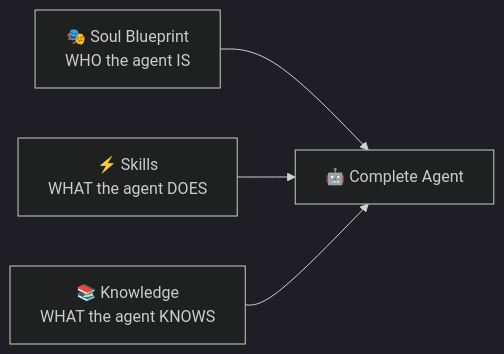
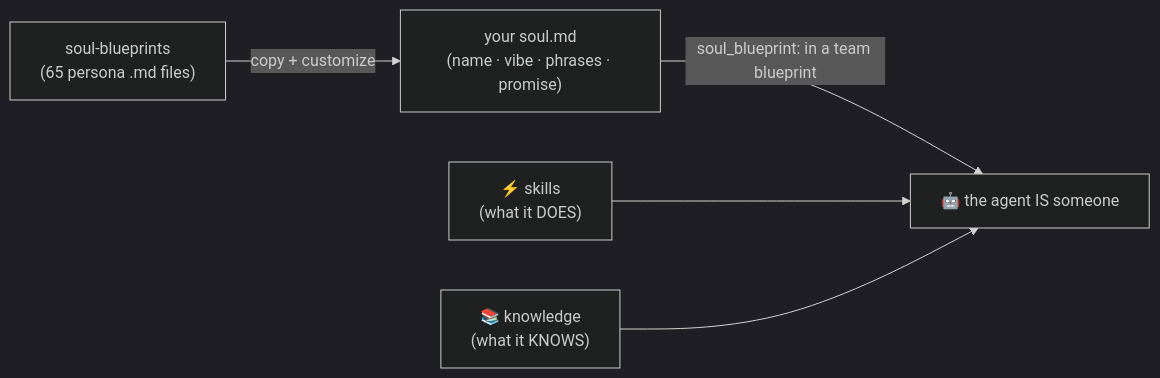
The first of 2 diagrams in README.md (smilinTux/soul-blueprints), drawn with Mermaid (dark theme) before and after one commit. The commit also changed other lines of this file and 1 other file, not shown here.

First line of the commit message:
docs: rewrite README + add docs/ARCHITECTURE.md (SKWorld-aligned)

````diff
--- a/README.md
+++ b/README.md
@@ -231,9 +23,7 @@
 ```mermaid
-graph LR
-    SOUL["🎭 Soul Blueprint<br/>WHO the agent IS"]
-    SKILLS["⚡ Skills<br/>WHAT the agent DOES"]
-    KNOWLEDGE["📚 Knowledge<br/>WHAT the agent KNOWS"]
-    SOUL --> AGENT["🤖 Complete Agent"]
-    SKILLS --> AGENT
-    KNOWLEDGE --> AGENT
+flowchart LR
+    LIB["soul-blueprints<br/>(65 persona .md files)"] -->|copy + customize| SOUL["your soul.md<br/>(name · vibe · phrases · promise)"]
+    SOUL -->|"soul_blueprint: in a team blueprint"| AGENT["🤖 the agent IS someone"]
+    SKILLS["⚡ skills<br/>(what it DOES)"] --> AGENT
+    KNOW["📚 knowledge<br/>(what it KNOWS)"] --> AGENT
 ```
````
